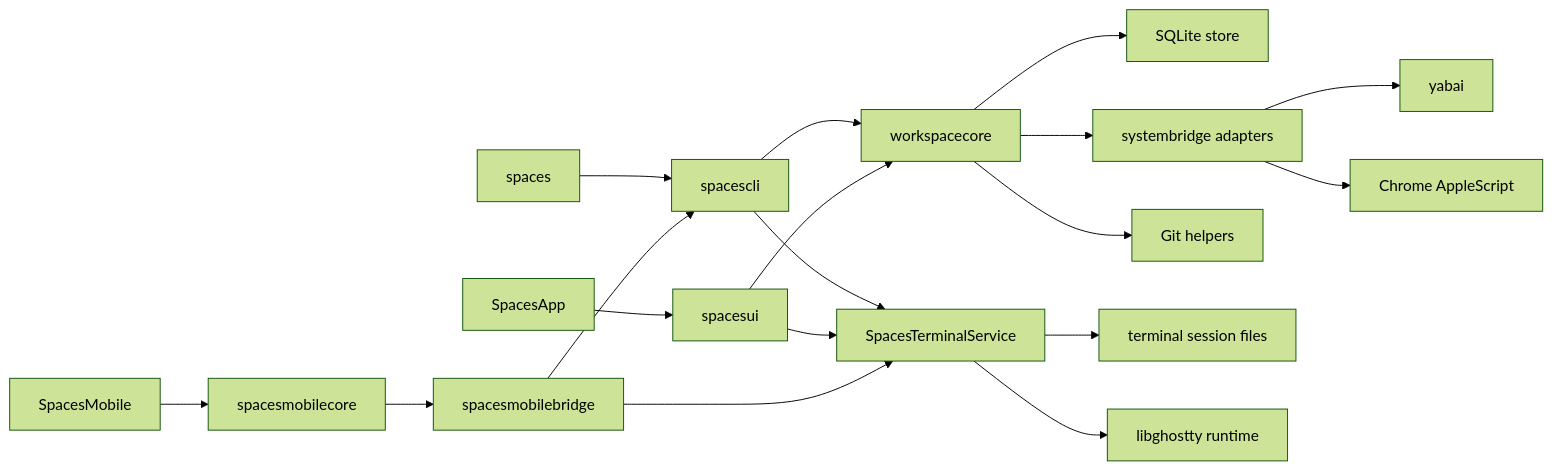
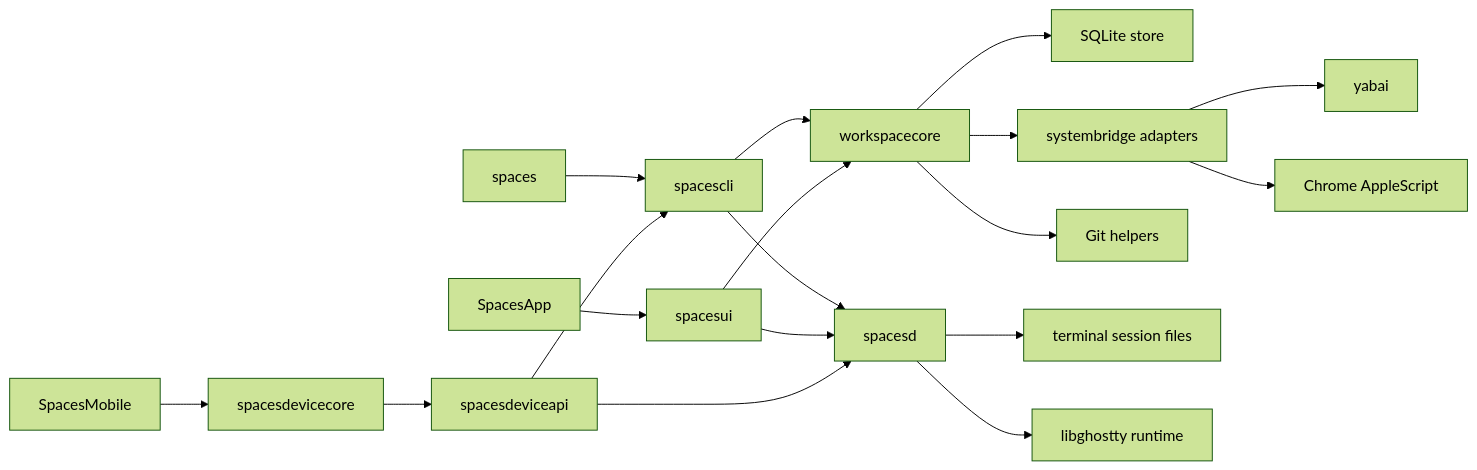
One commit to yogesh-dhande/spaces changed the first of 3 diagrams in docs/implementation.md. Above: the diagram before and after it, drawn with Mermaid (forest theme). The commit also changed other lines of this file and 264 other files, not shown here.

````diff
--- a/docs/implementation.md
+++ b/docs/implementation.md
@@ -17,23 +17,23 @@
 ```mermaid
 flowchart LR
   cli["spaces"] --> spacescli["spacescli"]
   spacescli --> stream["workspacecore"]
-  spacescli --> terminalservice["SpacesTerminalService"]
+  spacescli --> terminalservice["spacesd"]
   app["SpacesApp"] --> spacesui["spacesui"]
   spacesui --> stream
   spacesui --> terminalservice
-  ios["SpacesMobile"] --> mobilecore["spacesmobilecore"]
-  mobilecore --> mobilebridge["spacesmobilebridge"]
-  mobilebridge --> terminalservice
-  mobilebridge --> spacescli
+  ios["SpacesMobile"] --> devicecore["spacesdevicecore"]
+  devicecore --> deviceapi["spacesdeviceapi"]
+  deviceapi --> terminalservice
+  deviceapi --> spacescli
 
   stream --> store["SQLite store"]
   stream --> systembridge["systembridge adapters"]
   stream --> git["Git helpers"]
 
   terminalservice --> terminalfiles["terminal session files"]
   terminalservice --> ghostty["libghostty runtime"]
 
   systembridge --> yabai["yabai"]
   systembridge --> chrome["Chrome AppleScript"]
 ```
````
